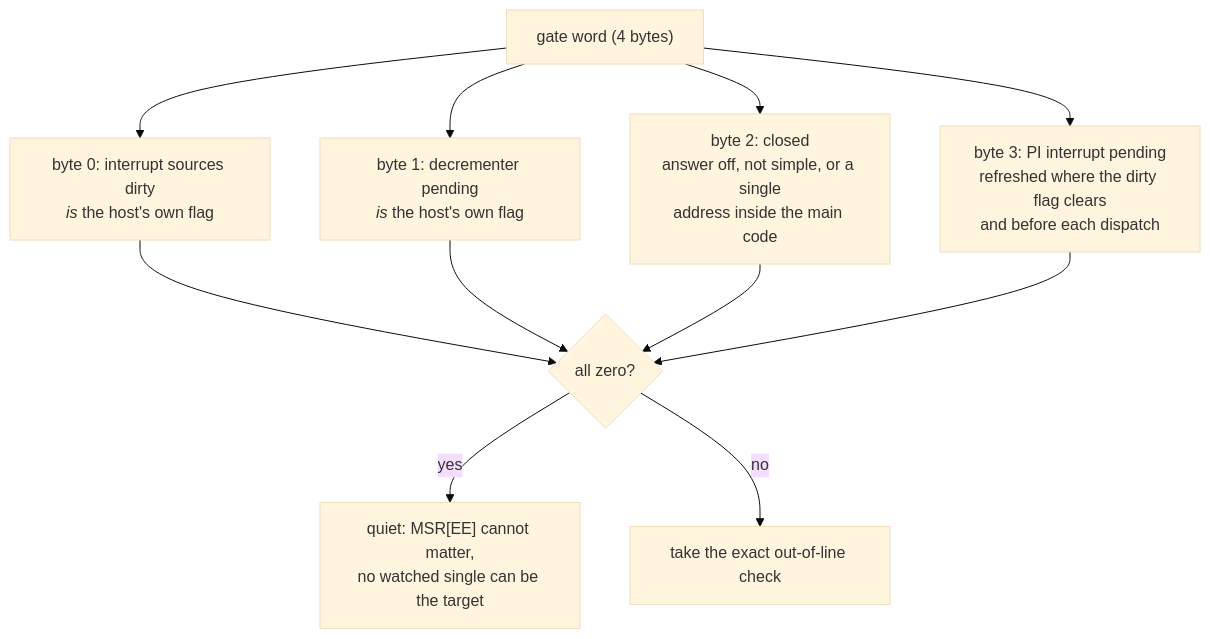
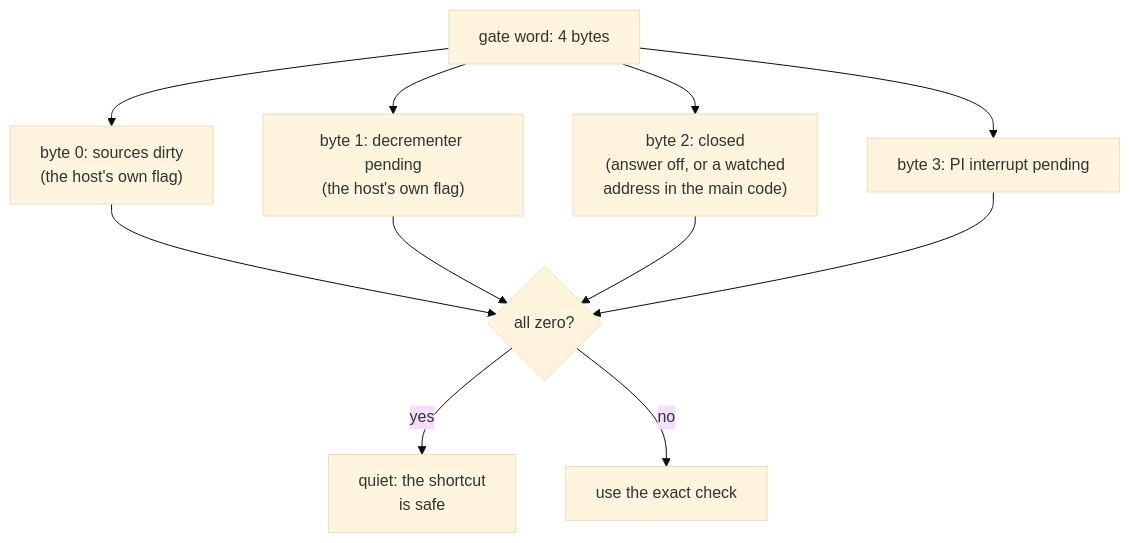
The third of 4 diagrams in docs/planning/2026-11-04-direct_call_gate/TECH_PLAN.md (chrissotraidis/bluewake), drawn with Mermaid (base theme) before and after one commit. The commit also changed other lines of this file, not shown here.

Commit message:
docs: #552 diagrams top to bottom, before then after

````diff
--- a/docs/planning/2026-11-04-direct_call_gate/TECH_PLAN.md
+++ b/docs/planning/2026-11-04-direct_call_gate/TECH_PLAN.md
@@ -38,10 +42,10 @@
 ```mermaid
-flowchart TB
-    W["gate word (4 bytes)"] --> D["byte 0: interrupt sources dirty<br/><i>is</i> the host's own flag"]
-    W --> T["byte 1: decrementer pending<br/><i>is</i> the host's own flag"]
-    W --> C["byte 2: closed<br/>answer off, not simple, or a single<br/>address inside the main code"]
-    W --> I["byte 3: PI interrupt pending<br/>refreshed where the dirty flag clears<br/>and before each dispatch"]
+flowchart TD
+    W["gate word: 4 bytes"] --> D["byte 0: sources dirty<br/>(the host's own flag)"]
+    W --> T["byte 1: decrementer pending<br/>(the host's own flag)"]
+    W --> C["byte 2: closed<br/>(answer off, or a watched<br/>address in the main code)"]
+    W --> I["byte 3: PI interrupt pending"]
     D & T & C & I --> Z{"all zero?"}
-    Z -- yes --> Q["quiet: MSR[EE] cannot matter,<br/>no watched single can be the target"]
-    Z -- no --> S["take the exact out-of-line check"]
+    Z -- yes --> Q["quiet: the shortcut<br/>is safe"]
+    Z -- no --> S["use the exact check"]
 ```
````
